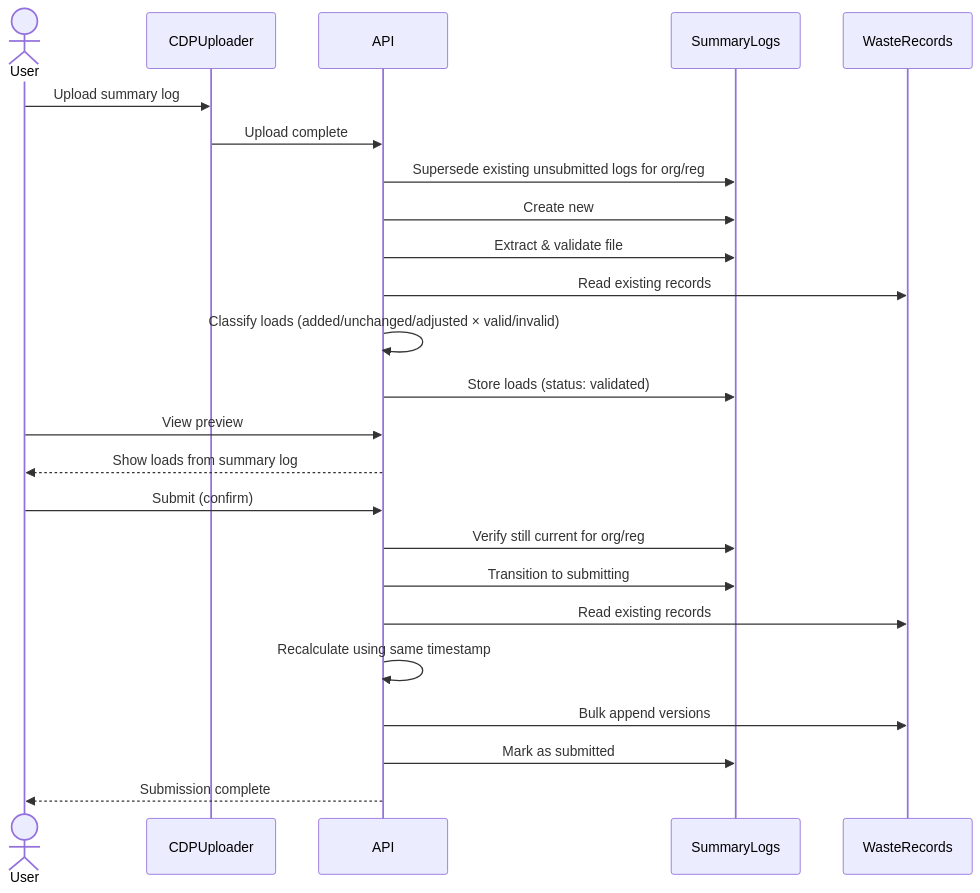
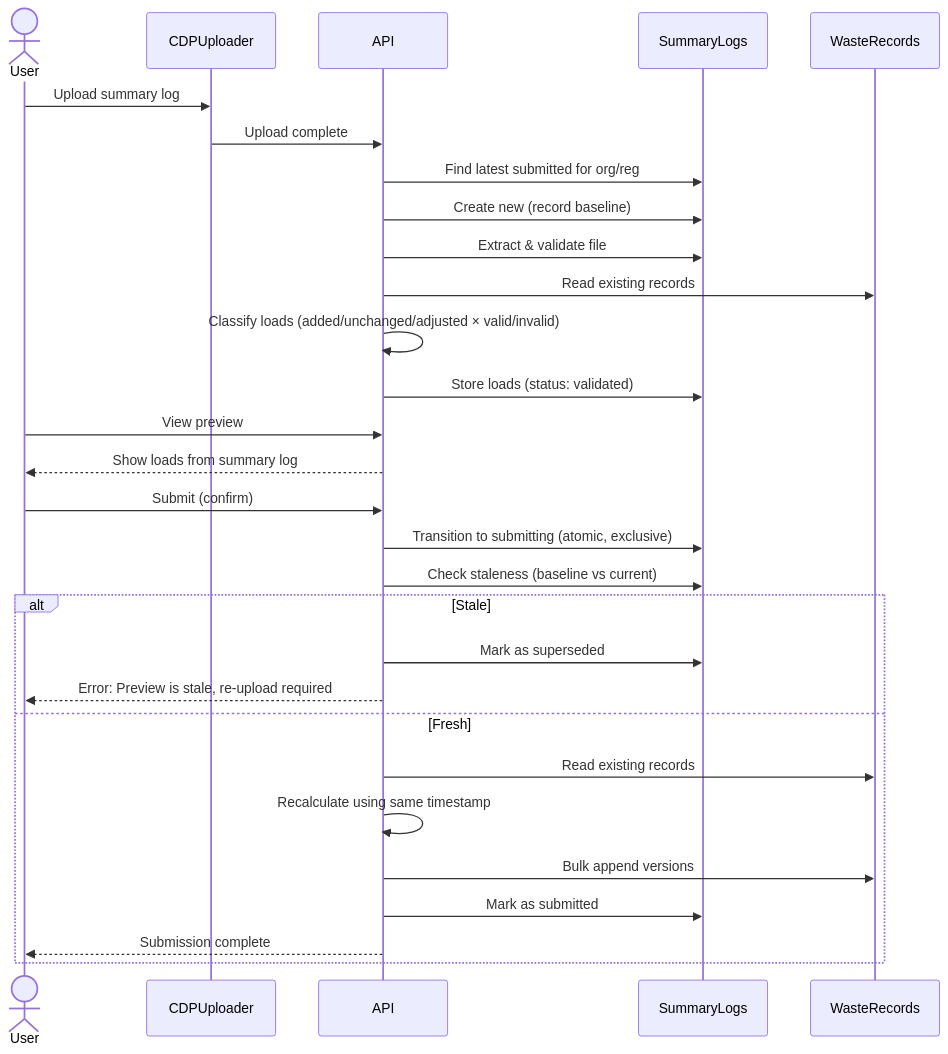
One commit to DEFRA/epr-re-ex-service changed the first of 7 diagrams in docs/architecture/discovery/summary-log-submission-lld.md. Above: the diagram before and after it, drawn with Mermaid. The commit also changed other lines of this file, not shown here.

First line of the commit message:
PAE-752: Update LLD for deferred staleness detection

````diff
--- a/docs/architecture/discovery/summary-log-submission-lld.md
+++ b/docs/architecture/discovery/summary-log-submission-lld.md
@@ -59,30 +59,35 @@
 ```mermaid
 sequenceDiagram
     actor User
     participant CDPUploader
     participant API
     participant SummaryLogs
     participant WasteRecords
 
     User->>CDPUploader: Upload summary log
     CDPUploader->>API: Upload complete
-    API->>SummaryLogs: Supersede existing unsubmitted logs for org/reg
-    API->>SummaryLogs: Create new
+    API->>SummaryLogs: Find latest submitted for org/reg
+    API->>SummaryLogs: Create new (record baseline)
 
     API->>SummaryLogs: Extract & validate file
     API->>WasteRecords: Read existing records
     API->>API: Classify loads (added/unchanged/adjusted × valid/invalid)
     API->>SummaryLogs: Store loads (status: validated)
 
     User->>API: View preview
     API-->>User: Show loads from summary log
 
     User->>API: Submit (confirm)
-    API->>SummaryLogs: Verify still current for org/reg
-    API->>SummaryLogs: Transition to submitting
-    API->>WasteRecords: Read existing records
-    API->>API: Recalculate using same timestamp
-    API->>WasteRecords: Bulk append versions
-    API->>SummaryLogs: Mark as submitted
-    API-->>User: Submission complete
+    API->>SummaryLogs: Transition to submitting (atomic, exclusive)
+    API->>SummaryLogs: Check staleness (baseline vs current)
+    alt Stale
+        API->>SummaryLogs: Mark as superseded
+        API-->>User: Error: Preview is stale, re-upload required
+    else Fresh
+        API->>WasteRecords: Read existing records
+        API->>API: Recalculate using same timestamp
+        API->>WasteRecords: Bulk append versions
+        API->>SummaryLogs: Mark as submitted
+        API-->>User: Submission complete
+    end
 ```
````
